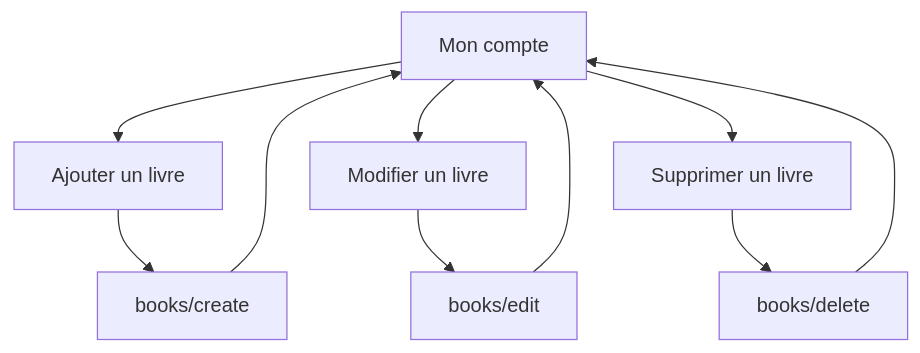
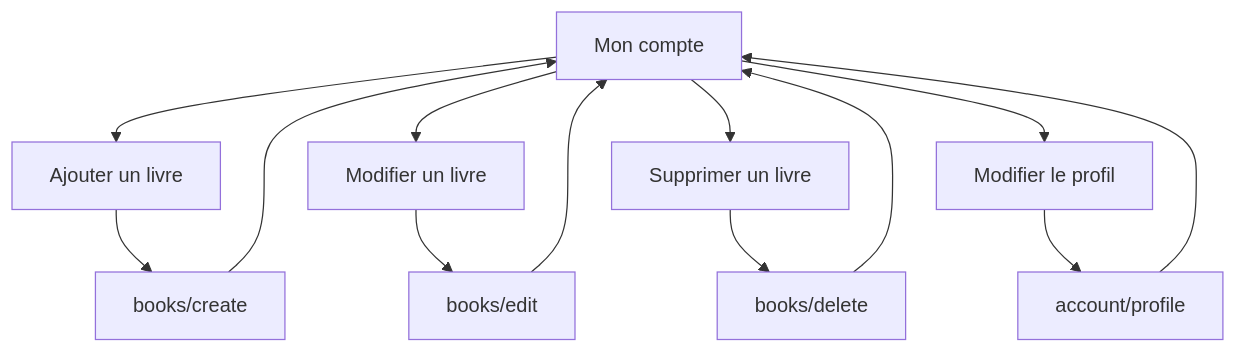
Before and after one commit to devbenopenclass/Tom_TROC: the third of 7 diagrams in FLOWS_SITE.md, drawn with Mermaid. The commit also changed other lines of this file, not shown here.

Commit message:
Update site flow documentation

````diff
--- a/FLOWS_SITE.md
+++ b/FLOWS_SITE.md
@@ -33,12 +33,15 @@
 ```mermaid
 flowchart TD
     A[Mon compte] --> B[Ajouter un livre]
     A --> C[Modifier un livre]
     A --> D[Supprimer un livre]
+    A --> H[Modifier le profil]
     B --> E[books/create]
     C --> F[books/edit]
     D --> G[books/delete]
+    H --> I[account/profile]
     E --> A
     F --> A
     G --> A
+    I --> A
 ```
````
